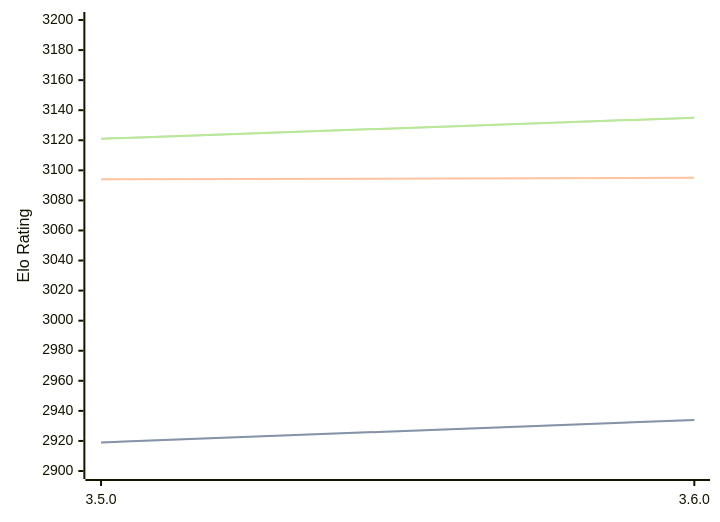
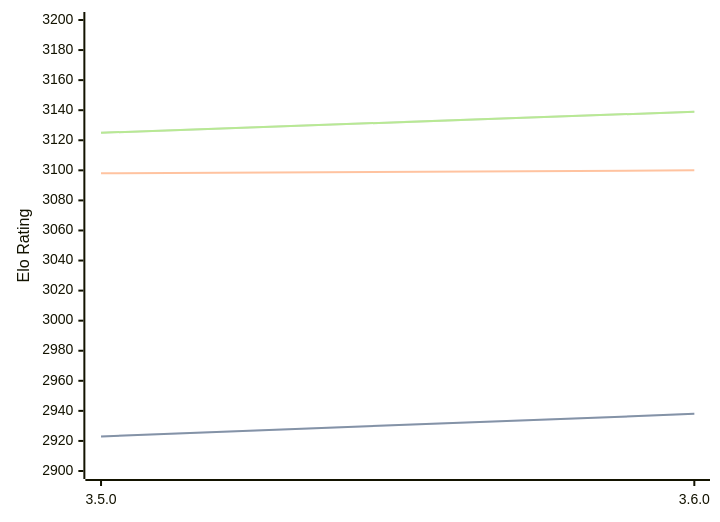
One commit to computer-chess-index/cci changed the diagram in engines/Igel.md. Above: the diagram before and after it, drawn with Mermaid. The commit also changed other lines of this file, not shown here.

Commit message:
Update CCI Ratings (ELO VLTC) - 2026-02-24

````diff
--- a/engines/Igel.md
+++ b/engines/Igel.md
@@ -65,11 +65,11 @@
 ```mermaid
 %%{init: {"theme":"base","themeVariables":{"seriesColors:['#a3a3a3','#222221','#faa371']}}}%%
 xychart-beta
   x-axis ["3.5.0", "3.6.0"]
   y-axis "Elo Rating" 2900 --> 3200
-  line "STC (8.0+0.08s)" [2919, 2934]
-  line "STC (8.0+0.08s)" [2919, 2934]
-  line "LTC (60.0+0.60s)" [3094, 3095]
-  line "VLTC (2m24s+1.12s)" [3121, 3135]
-  line "VLTC (2m24s+1.12s)" [3121, 3135]
+  line "STC (8.0+0.08s)" [2923, 2938]
+  line "STC (8.0+0.08s)" [2923, 2938]
+  line "LTC (60.0+0.60s)" [3098, 3100]
+  line "VLTC (2m24s+1.12s)" [3125, 3139]
+  line "VLTC (2m24s+1.12s)" [3125, 3139]
 ```
````
